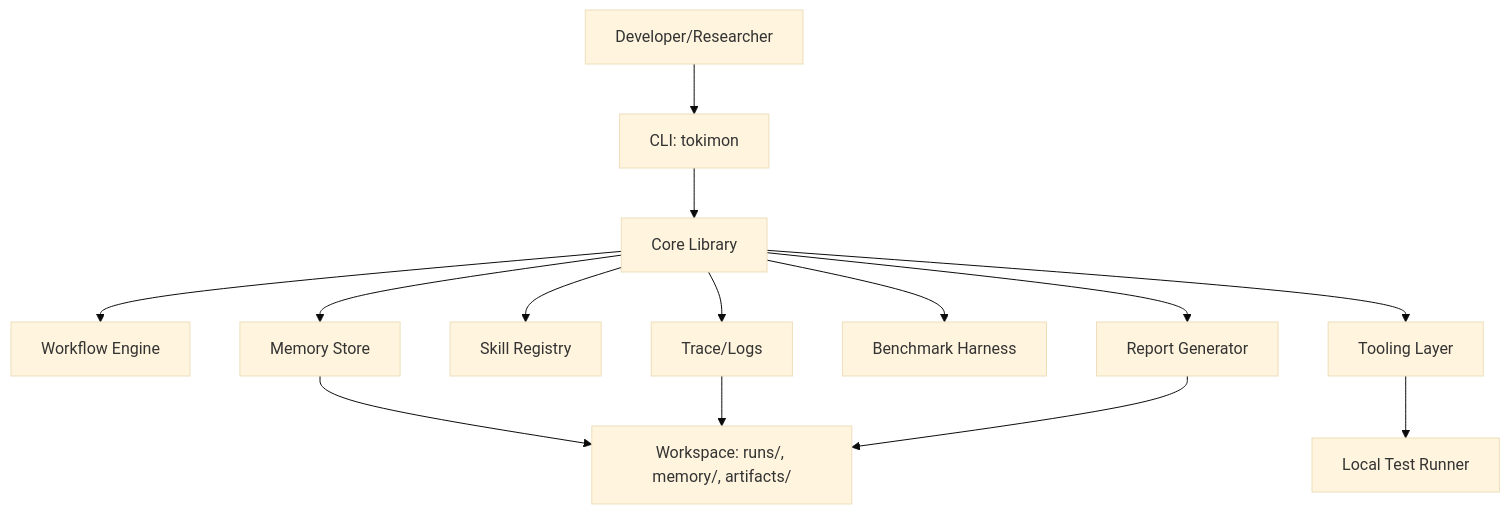
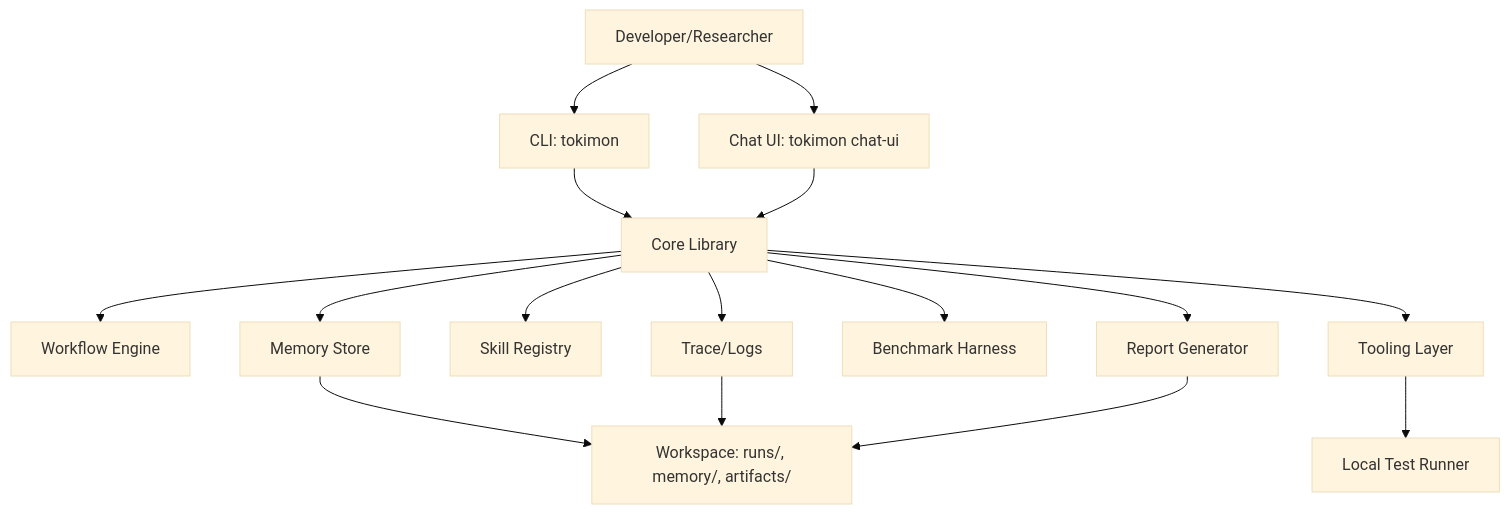
One commit to zhou1800/tokimon changed the first of 2 diagrams in docs/c4/level-2-container/tokimon.md. Above: the diagram before and after it, drawn with Mermaid (base theme). The commit also changed other lines of this file and 12 other files, not shown here.

First line of the commit message:
feat(tokimon): add chat-ui and safer self-improve merges

````diff
--- a/docs/c4/level-2-container/tokimon.md
+++ b/docs/c4/level-2-container/tokimon.md
@@ -4,16 +4,18 @@
 ```mermaid
 flowchart TB
   User[Developer/Researcher] --> CLI[CLI: tokimon]
+  User --> ChatUI[Chat UI: tokimon chat-ui]
   CLI --> Core[Core Library]
+  ChatUI --> Core
   Core --> WF[Workflow Engine]
   Core --> MEM[Memory Store]
   Core --> REG[Skill Registry]
   Core --> TOOLS[Tooling Layer]
   Core --> BENCH[Benchmark Harness]
   Core --> REPORT[Report Generator]
   Core --> TRACE[Trace/Logs]
   TOOLS --> TEST[Local Test Runner]
   MEM --> WS[Workspace: runs/, memory/, artifacts/]
   TRACE --> WS
   REPORT --> WS
 ```
````
